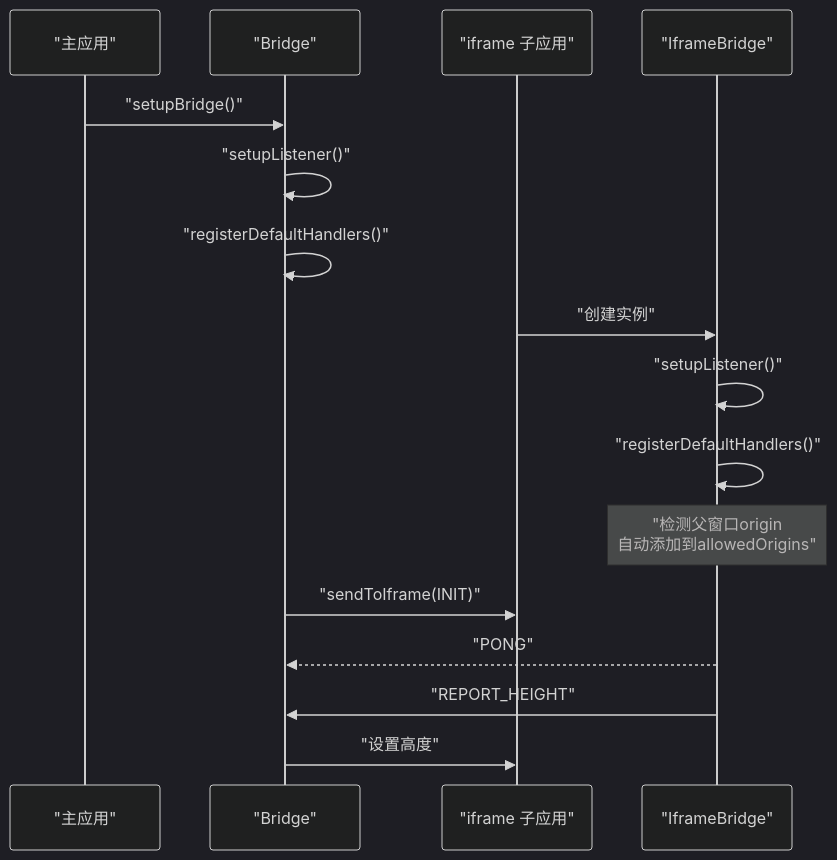
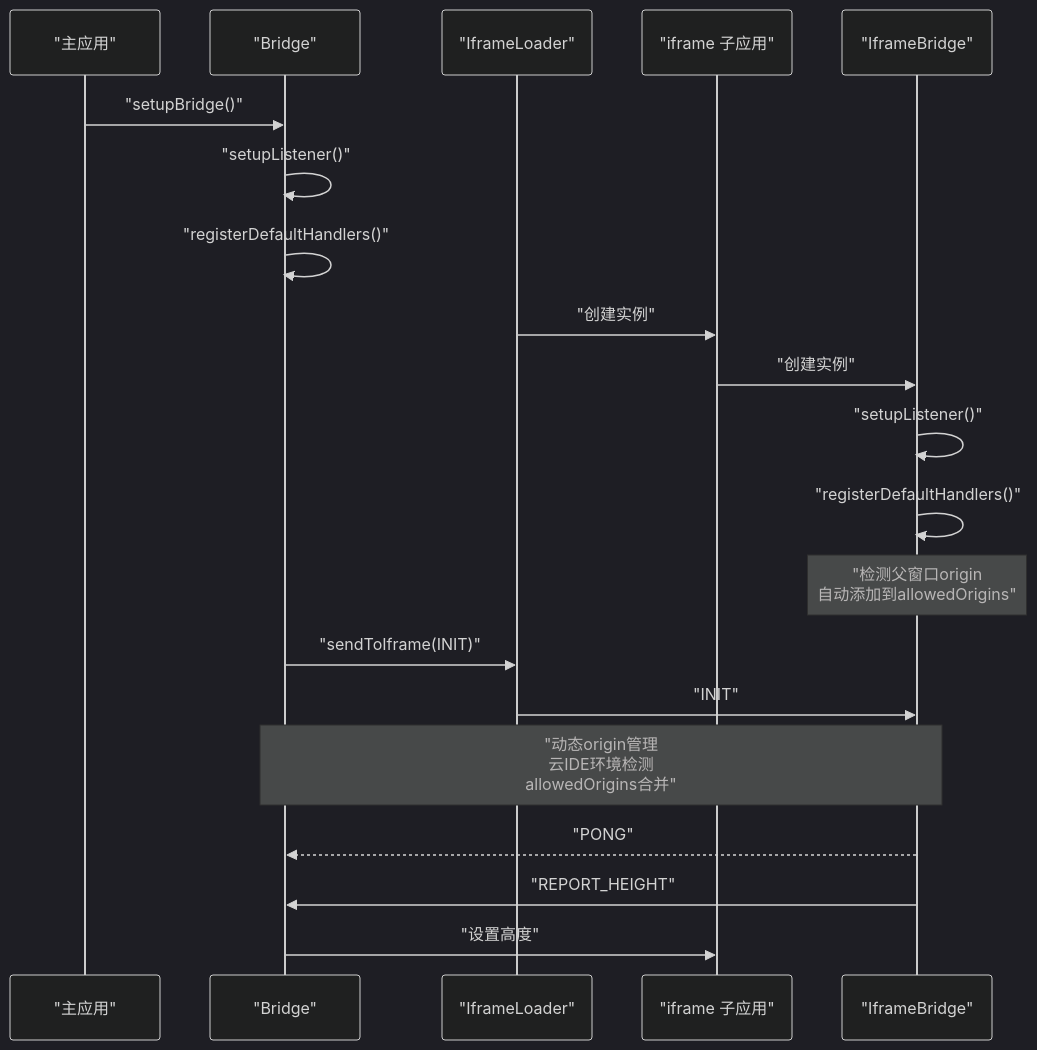
The eighth of 9 diagrams in .qoder/repowiki/zh/content/架构设计/通信架构.md (my-Sitara/artisan-base-frontend), drawn with Mermaid (dark theme) before and after one commit. The commit also changed other lines of this file and 25 other files, not shown here.

````diff
--- a/.qoder/repowiki/zh/content/架构设计/通信架构.md
+++ b/.qoder/repowiki/zh/content/架构设计/通信架构.md
@@ -334,18 +405,22 @@
 ```mermaid
 sequenceDiagram
 participant Main as "主应用"
 participant Bridge as "Bridge"
+participant IframeLoader as "IframeLoader"
 participant Iframe as "iframe 子应用"
 participant IframeBridge as "IframeBridge"
 Main->>Bridge : "setupBridge()"
 Bridge->>Bridge : "setupListener()"
 Bridge->>Bridge : "registerDefaultHandlers()"
+IframeLoader->>Iframe : "创建实例"
 Iframe->>IframeBridge : "创建实例"
 IframeBridge->>IframeBridge : "setupListener()"
 IframeBridge->>IframeBridge : "registerDefaultHandlers()"
 Note over IframeBridge : "检测父窗口origin<br/>自动添加到allowedOrigins"
-Bridge->>Iframe : "sendToIframe(INIT)"
+Bridge->>IframeLoader : "sendToIframe(INIT)"
+IframeLoader->>IframeBridge : "INIT"
+Note over Bridge,IframeBridge : "动态origin管理<br/>云IDE环境检测<br/>allowedOrigins合并"
 IframeBridge-->>Bridge : "PONG"
 IframeBridge->>Bridge : "REPORT_HEIGHT"
 Bridge->>Iframe : "设置高度"
 ```
````
